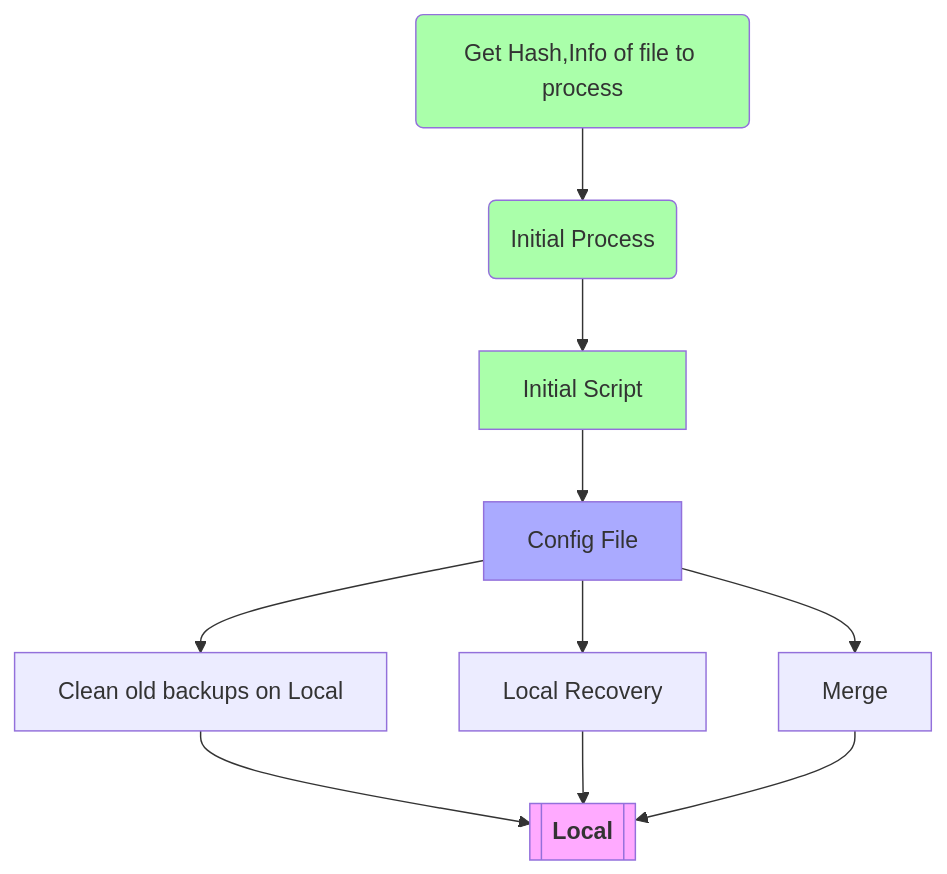
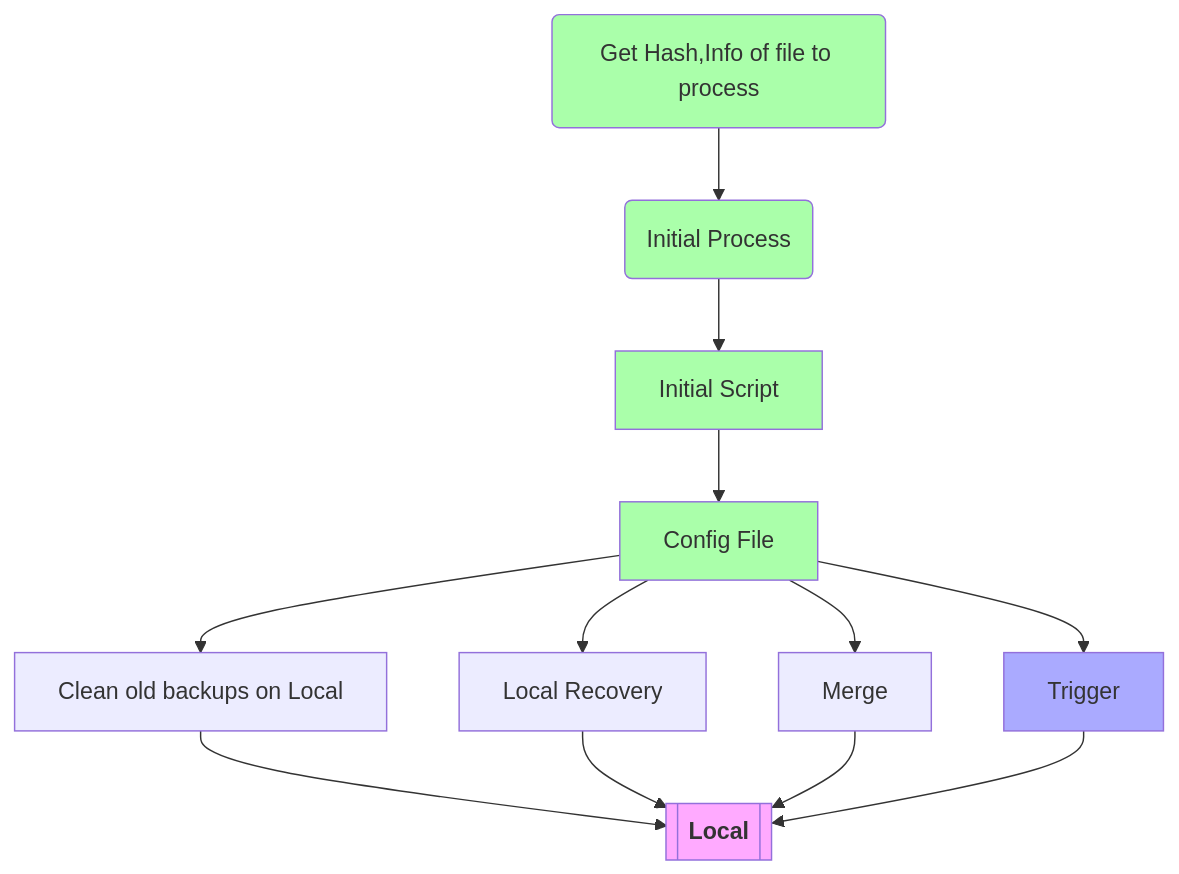
The first of 6 diagrams in notes/plan.md (clintwebb/bakker), drawn with Mermaid before and after one commit. The commit also changed other lines of this file and 1 other file, not shown here.

````diff
--- a/notes/plan.md
+++ b/notes/plan.md
@@ -3,36 +3,35 @@
 ```mermaid
 flowchart TD;
     %% To mark an item as completed (afa=green, faf=purple, aaf=blue)
     %% style EXAMPLE fill:#afa
 
     %% To provide a link
     %% A[<a href='https://google.com'>works</a>]
     %%--------------
 
     %% Completed (#afa)
     style FEAT_INIT fill:#afa
     style FUNC_HASH fill:#afa
     style FUNC_PROCESS fill:#afa
+    style FEAT_CONFIG fill:#afa
 
     %% Active (#aaf)
-    style FEAT_CONFIG fill:#aaf
+    style FEAT_TRIGGER fill:#aaf
 
     FUNC_HASH(Get Hash,Info of file to process) -->
     FUNC_PROCESS(Initial Process) -->
 
     %% Init Script that can handle the basics of local backups.
     FEAT_INIT[Initial Script] --> FEAT_CONFIG
 
     FEAT_CONFIG[Config File] -->
+    FEAT_LOCAL_CLEAN[Clean old backups on Local] --> TARGET
+    FEAT_CONFIG --> FEAT_LOCAL_RECOVER[Local Recovery] --> TARGET
+    FEAT_CONFIG --> FEAT_MERGE[Merge] --> TARGET
 
-    FEAT_LOCAL_CLEAN[Clean old backups on Local] --> TARGET
-
-    FEAT_LOCAL_RECOVER[Local Recovery] --> TARGET
-    FEAT_CONFIG --> FEAT_LOCAL_RECOVER
-
-    FEAT_MERGE[Merge] --> TARGET
-    FEAT_CONFIG --> FEAT_MERGE
+    %% Trigger is the ability to perform some actions when triggering the backup.
+    FEAT_CONFIG --> FEAT_TRIGGER[Trigger] --> TARGET
 
     TARGET[["`**Local**`"]]
     style TARGET fill:#faf
 ```
````
